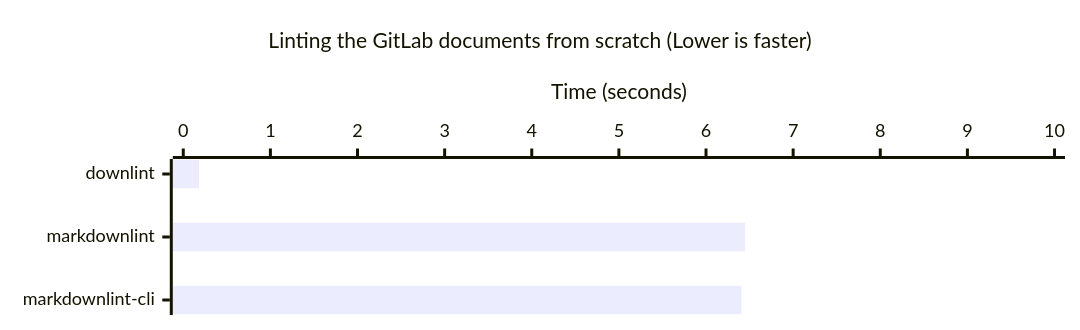
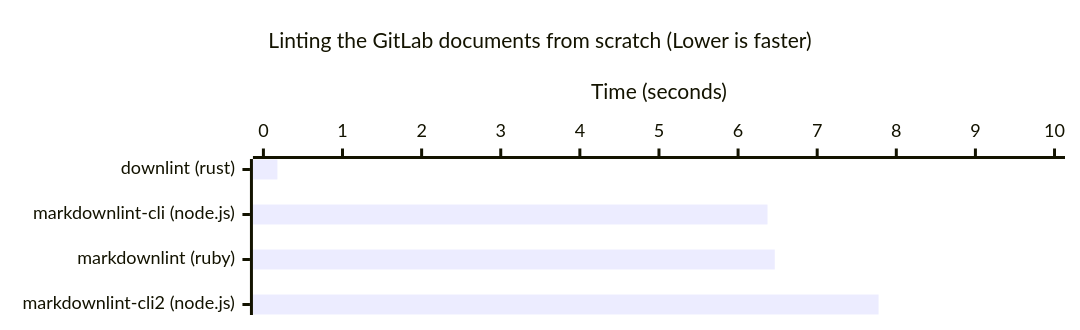
One commit to jasonxue1/mado changed the diagram in README.md. Above: the diagram before and after it, drawn with Mermaid. The commit also changed other lines of this file and 3 other files, not shown here.

Commit message:
Add markdownlint-cli2 to comparison

````diff
--- a/README.md
+++ b/README.md
@@ -19,20 +18,20 @@
 ```mermaid
 ---
 config:
     xyChart:
         height: 200
         titleFontSize: 14
         chartOrientation: horizontal
         xAxis:
             labelFontSize: 12
             titleFontSize: 14
         yAxis:
             labelFontSize: 12
             titleFontSize: 14
 ---
 xychart-beta
     title "Linting the GitLab documents from scratch (Lower is faster)"
-    x-axis ["downlint", "markdownlint", "markdownlint-cli"]
+    x-axis ["downlint (rust)", "markdownlint-cli (node.js)", "markdownlint (ruby)", "markdownlint-cli2 (node.js)"]
     y-axis "Time (seconds)" 0 --> 10
-    bar [0.181, 6.448, 6.405]
+    bar [0.177, 6.372, 6.464, 7.776]
 ```
````
